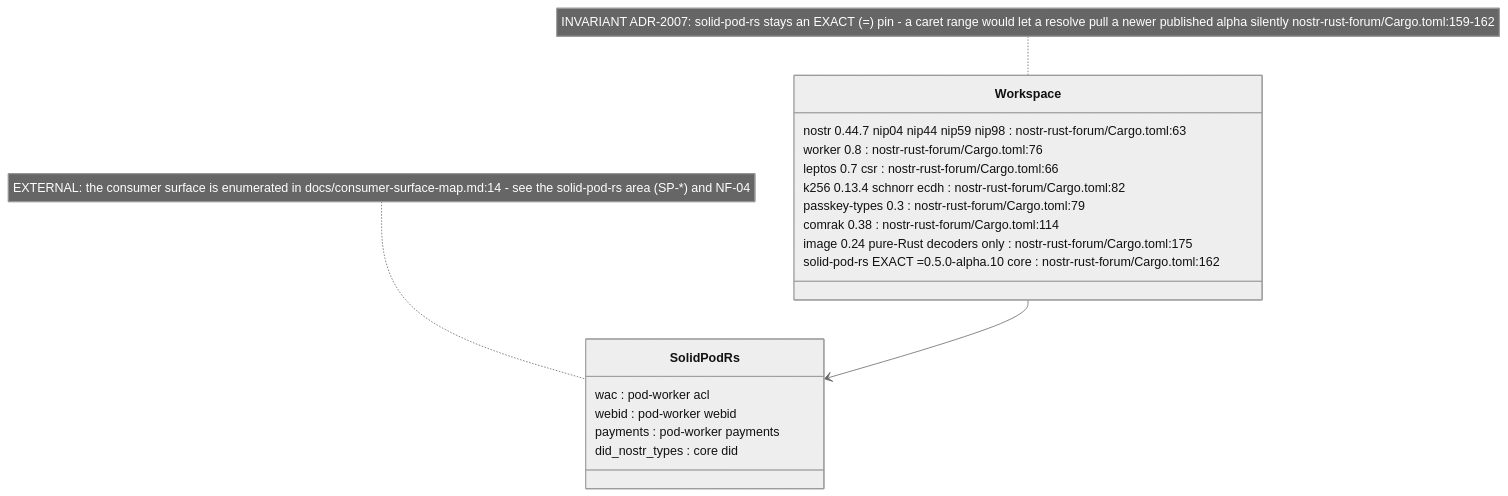
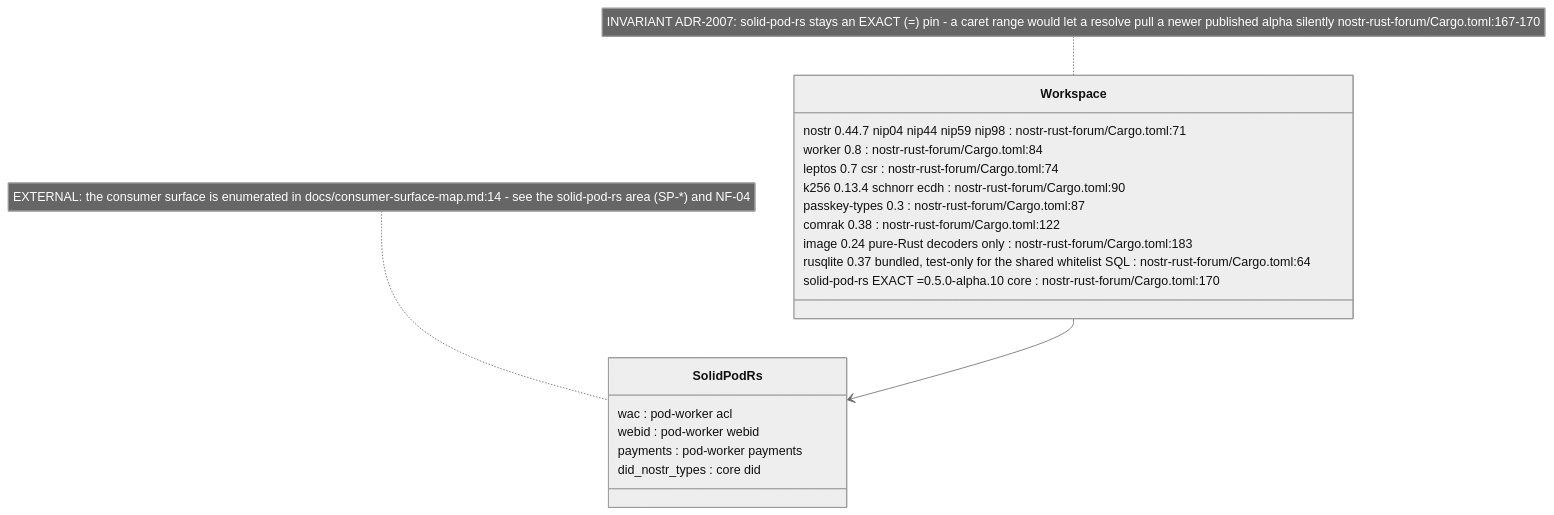
The fourth of 6 diagrams in docs/diagrams/nostr-rust-forum/01-workspace-and-worker-topology.md (DreamLab-AI/VisionFlow), drawn with Mermaid (neutral theme) before and after one commit. The commit also changed other lines of this file and 31 other files, not shown here.

````diff
--- a/docs/diagrams/nostr-rust-forum/01-workspace-and-worker-topology.md
+++ b/docs/diagrams/nostr-rust-forum/01-workspace-and-worker-topology.md
@@ -138,23 +138,24 @@
 ```mermaid
 classDiagram
     class Workspace {
-        nostr 0.44.7 nip04 nip44 nip59 nip98 : nostr-rust-forum/Cargo.toml:63
-        worker 0.8 : nostr-rust-forum/Cargo.toml:76
-        leptos 0.7 csr : nostr-rust-forum/Cargo.toml:66
-        k256 0.13.4 schnorr ecdh : nostr-rust-forum/Cargo.toml:82
-        passkey-types 0.3 : nostr-rust-forum/Cargo.toml:79
-        comrak 0.38 : nostr-rust-forum/Cargo.toml:114
-        image 0.24 pure-Rust decoders only : nostr-rust-forum/Cargo.toml:175
-        solid-pod-rs EXACT =0.5.0-alpha.10 core : nostr-rust-forum/Cargo.toml:162
+        nostr 0.44.7 nip04 nip44 nip59 nip98 : nostr-rust-forum/Cargo.toml:71
+        worker 0.8 : nostr-rust-forum/Cargo.toml:84
+        leptos 0.7 csr : nostr-rust-forum/Cargo.toml:74
+        k256 0.13.4 schnorr ecdh : nostr-rust-forum/Cargo.toml:90
+        passkey-types 0.3 : nostr-rust-forum/Cargo.toml:87
+        comrak 0.38 : nostr-rust-forum/Cargo.toml:122
+        image 0.24 pure-Rust decoders only : nostr-rust-forum/Cargo.toml:183
+        rusqlite 0.37 bundled, test-only for the shared whitelist SQL : nostr-rust-forum/Cargo.toml:64
+        solid-pod-rs EXACT =0.5.0-alpha.10 core : nostr-rust-forum/Cargo.toml:170
     }
     class SolidPodRs {
         wac : pod-worker acl
         webid : pod-worker webid
         payments : pod-worker payments
         did_nostr_types : core did
     }
     Workspace --> SolidPodRs
 
-    note for Workspace "INVARIANT ADR-2007: solid-pod-rs stays an EXACT (=) pin - a caret range would let a resolve pull a newer published alpha silently nostr-rust-forum/Cargo.toml:159-162"
+    note for Workspace "INVARIANT ADR-2007: solid-pod-rs stays an EXACT (=) pin - a caret range would let a resolve pull a newer published alpha silently nostr-rust-forum/Cargo.toml:167-170"
     note for SolidPodRs "EXTERNAL: the consumer surface is enumerated in docs/consumer-surface-map.md:14 - see the solid-pod-rs area (SP-*) and NF-04"
 ```
````
